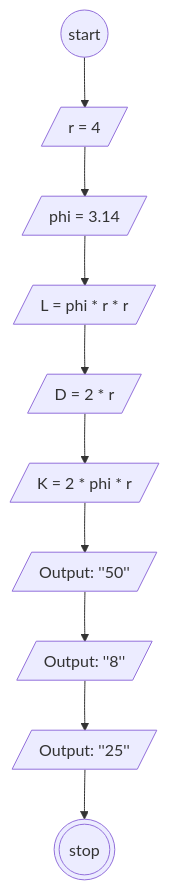
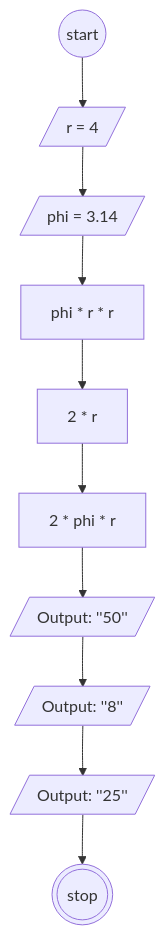
Before and after one commit to AbiPasundan/koda-b6-javascript1: the diagram in README.md, drawn with Mermaid.

````diff
--- a/README.md
+++ b/README.md
@@ -16,19 +16,19 @@
 ```mermaid
 flowchart TB
  Start@{ shape: circ, label: "start"}
  r@{ shape: lean-r, label: "r = 4"}
  phi@{ shape: lean-r, label: "phi = 3.14"}
 
 
- l@{ shape: lean-r, label: "L = phi * r * r "}
- d@{ shape: lean-r, label: "D = 2 * r "}
- k@{ shape: lean-r, label: "K = 2 * phi * r "}
+ l@{ shape: rect, label: "phi * r * r "}
+ d@{ shape: rect, label: "2 * r "}
+ k@{ shape: rect, label: "2 * phi * r "}
 
 
  OutputL@{ shape: lean-r, label: "Output: ''50''"}
  OutputD@{ shape: lean-r, label: "Output: ''8''"}
  OutputK@{ shape: lean-r, label: "Output: ''25''"}
  Stop@{ shape: dbl-circ, label: "stop"}
 
 Start-->r-->phi-->l-->d-->k-->OutputL-->OutputD-->OutputK-->Stop
 ```
````
